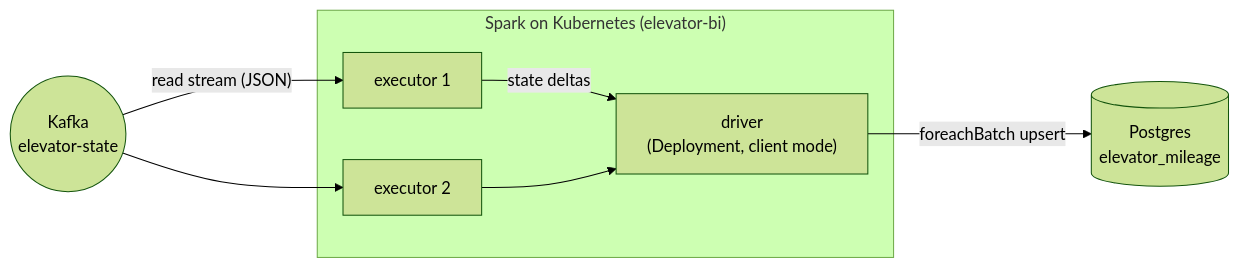
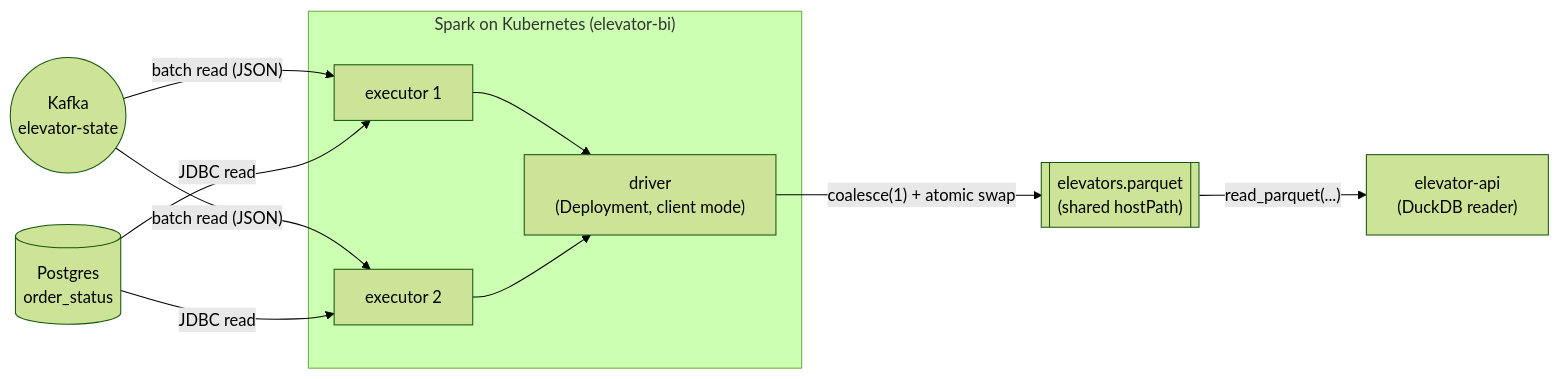
The diagram in elevator-bi/README.md (TwistedLady/elevator-system), drawn with Mermaid (forest theme) before and after one commit. The commit also changed other lines of this file and 35 other files, not shown here.

First line of the commit message:
Replace BI Postgres read-model with a single Parquet read via DuckDB

````diff
--- a/elevator-bi/README.md
+++ b/elevator-bi/README.md
@@ -14,16 +24,18 @@
 ```mermaid
 flowchart LR
   kafka(("Kafka<br/>elevator-state"))
+  pgSrc[("Postgres<br/>order_status")]
   subgraph spark["Spark on Kubernetes (elevator-bi)"]
     driver["driver<br/>(Deployment, client mode)"]
     ex1["executor 1"]
     ex2["executor 2"]
   end
-  pg[("Postgres<br/>elevator_mileage")]
+  parquet[["elevators.parquet<br/>(shared hostPath)"]]
+  api["elevator-api<br/>(DuckDB reader)"]
 
-  kafka -- "read stream (JSON)" --> ex1
-  kafka --> ex2
-  ex1 -- "state deltas" --> driver
-  ex2 --> driver
-  driver -- "foreachBatch upsert" --> pg
+  kafka -- "batch read (JSON)" --> ex1 & ex2
+  pgSrc -- "JDBC read" --> ex1 & ex2
+  ex1 & ex2 --> driver
+  driver -- "coalesce(1) + atomic swap" --> parquet
+  parquet -- "read_parquet(...)" --> api
 ```
````
